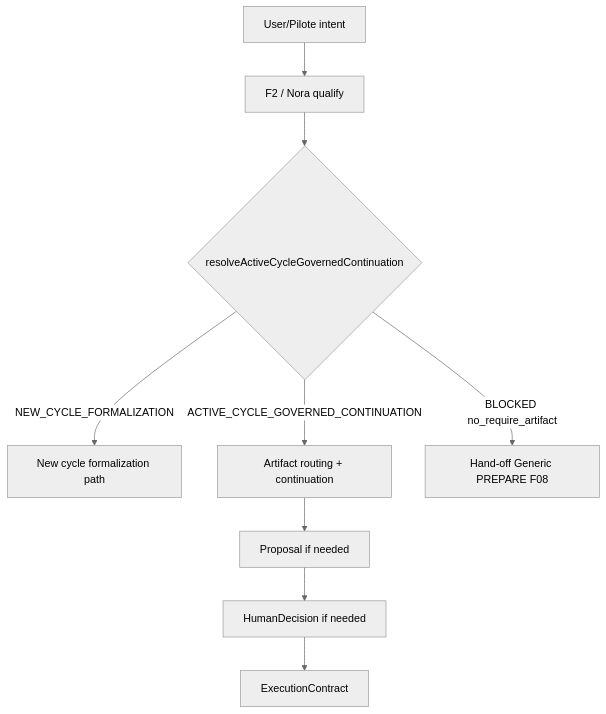
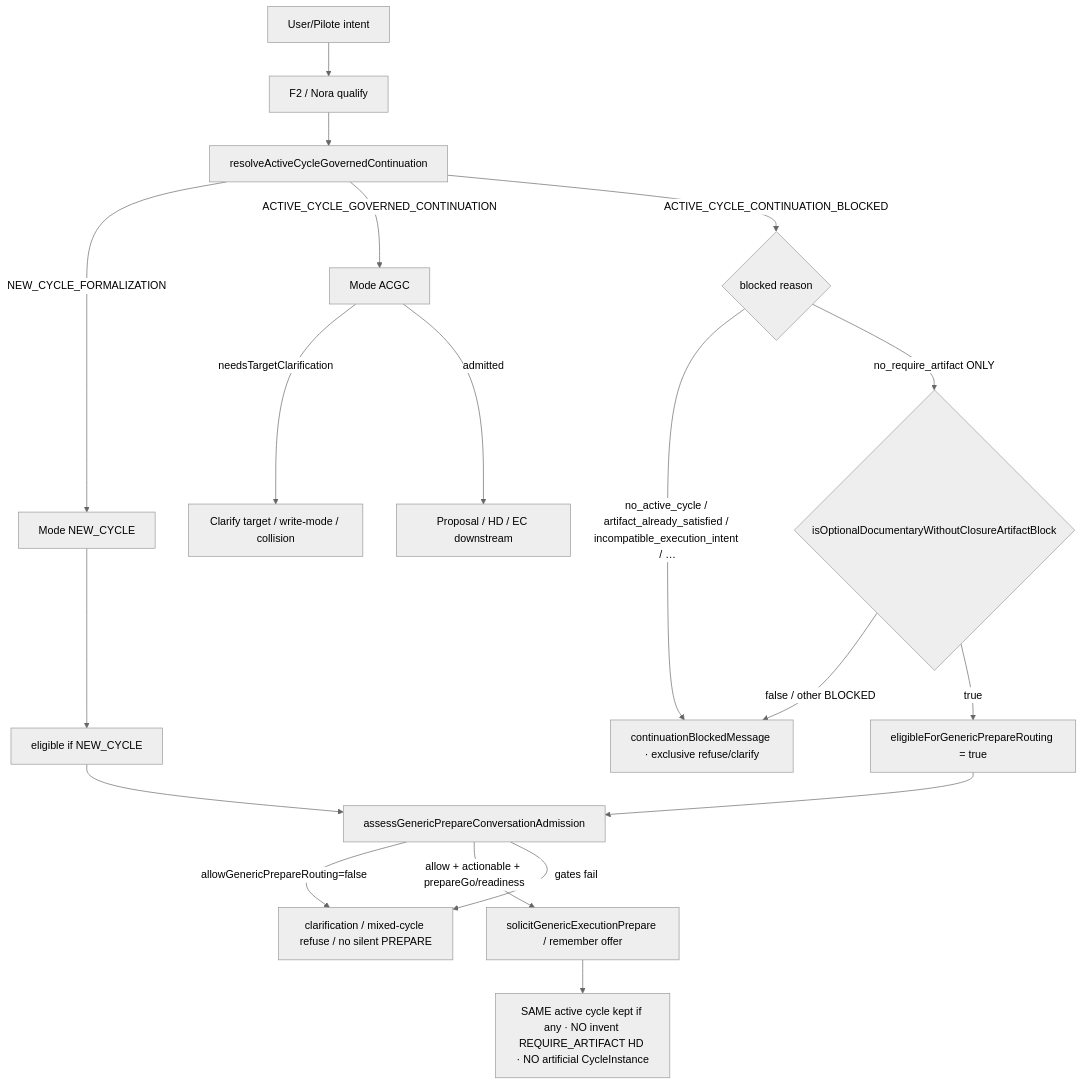
One commit to mcleland147/sfia-workspace changed the second of 2 diagrams in sfia-review-handoff/latest-chatgpt-review.md. Above: the diagram before and after it, drawn with Mermaid (neutral theme). The commit also changed other lines of this file, not shown here.

````diff
--- a/sfia-review-handoff/latest-chatgpt-review.md
+++ b/sfia-review-handoff/latest-chatgpt-review.md
@@ -406,11 +156,26 @@
 ```mermaid
 flowchart TD
   Intent[User/Pilote intent] --> Qual[F2 / Nora qualify]
-  Qual --> ACGC{resolveActiveCycleGovernedContinuation}
-  ACGC -->|NEW_CYCLE_FORMALIZATION| NC[New cycle formalization path]
-  ACGC -->|ACTIVE_CYCLE_GOVERNED_CONTINUATION| AC[Artifact routing + continuation]
-  ACGC -->|BLOCKED no_require_artifact| F08[Hand-off Generic PREPARE F08]
-  AC --> Prop[Proposal if needed]
-  Prop --> HD[HumanDecision if needed]
-  HD --> EC[ExecutionContract]
+  Qual --> ACGC[resolveActiveCycleGovernedContinuation]
+
+  ACGC -->|NEW_CYCLE_FORMALIZATION| NC[Mode NEW_CYCLE]
+  ACGC -->|ACTIVE_CYCLE_GOVERNED_CONTINUATION| AC[Mode ACGC]
+  AC -->|needsTargetClarification| CLAR[Clarify target / write-mode / collision]
+  AC -->|admitted| PROP[Proposal / HD / EC downstream]
+
+  ACGC -->|ACTIVE_CYCLE_CONTINUATION_BLOCKED| BLK{blocked reason}
+  BLK -->|no_active_cycle / artifact_already_satisfied / incompatible_execution_intent / …| REF[continuationBlockedMessage · exclusive refuse/clarify]
+  BLK -->|no_require_artifact ONLY| OPT{isOptionalDocumentaryWithoutClosureArtifactBlock}
+
+  OPT -->|false / other BLOCKED| REF
+  OPT -->|true| ELIG[eligibleForGenericPrepareRouting = true]
+  NC --> ELIG2[eligible if NEW_CYCLE]
+
+  ELIG --> ADM[assessGenericPrepareConversationAdmission]
+  ELIG2 --> ADM
+  ADM -->|allowGenericPrepareRouting=false| CLAR2[clarification / mixed-cycle refuse / no silent PREPARE]
+  ADM -->|allow + actionable + prepareGo/readiness| PREP[solicitGenericExecutionPrepare / remember offer]
+  ADM -->|gates fail| CLAR2
+
+  PREP --> NOTE[SAME active cycle kept if any · NO invent REQUIRE_ARTIFACT HD · NO artificial CycleInstance]
 ```
````
